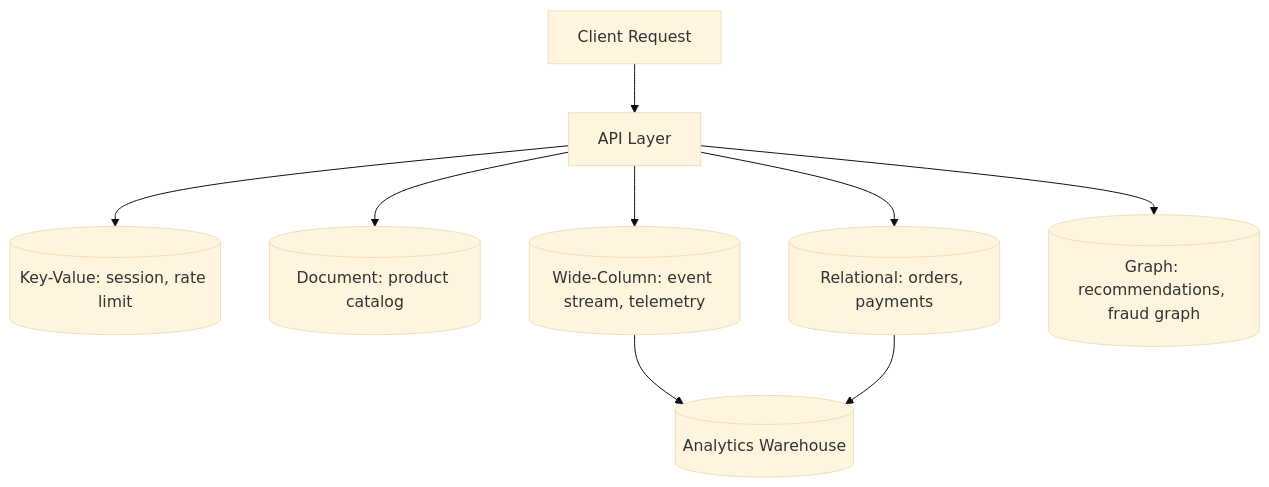
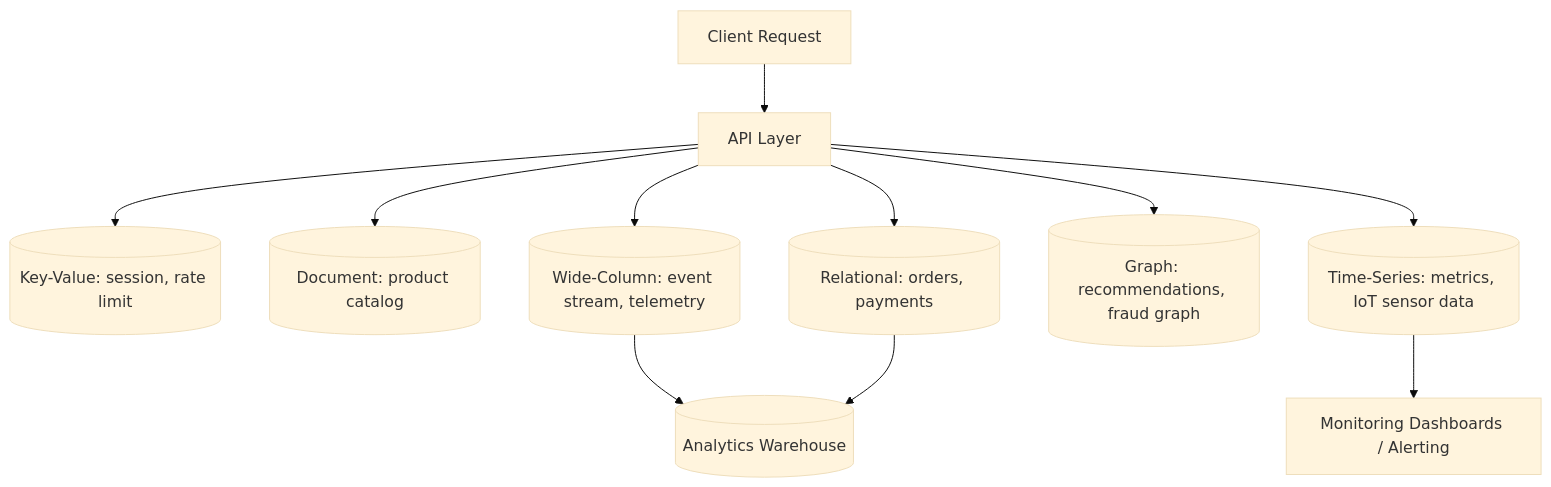
One commit to sanketn26/interview-prep changed the first of 2 diagrams in docs/databases/sql-vs-nosql.md. Above: the diagram before and after it, drawn with Mermaid (base theme). The commit also changed other lines of this file, not shown here.

Commit message:
Enhance SQL vs NoSQL documentation by adding time-series databases to the decision framework and updating related content for clarity and accuracy.

````diff
--- a/docs/databases/sql-vs-nosql.md
+++ b/docs/databases/sql-vs-nosql.md
@@ -112,11 +137,13 @@
 ```mermaid
 graph TD
     Client[Client Request] --> API[API Layer]
     API --> KV[(Key-Value: session, rate limit)]
     API --> Doc[(Document: product catalog)]
     API --> SQL[(Relational: orders, payments)]
     API --> WC[(Wide-Column: event stream, telemetry)]
     API --> Graph[(Graph: recommendations, fraud graph)]
+    API --> TS[(Time-Series: metrics, IoT sensor data)]
     WC --> Warehouse[(Analytics Warehouse)]
     SQL --> Warehouse
+    TS --> Dashboards[Monitoring Dashboards / Alerting]
 ```
````
